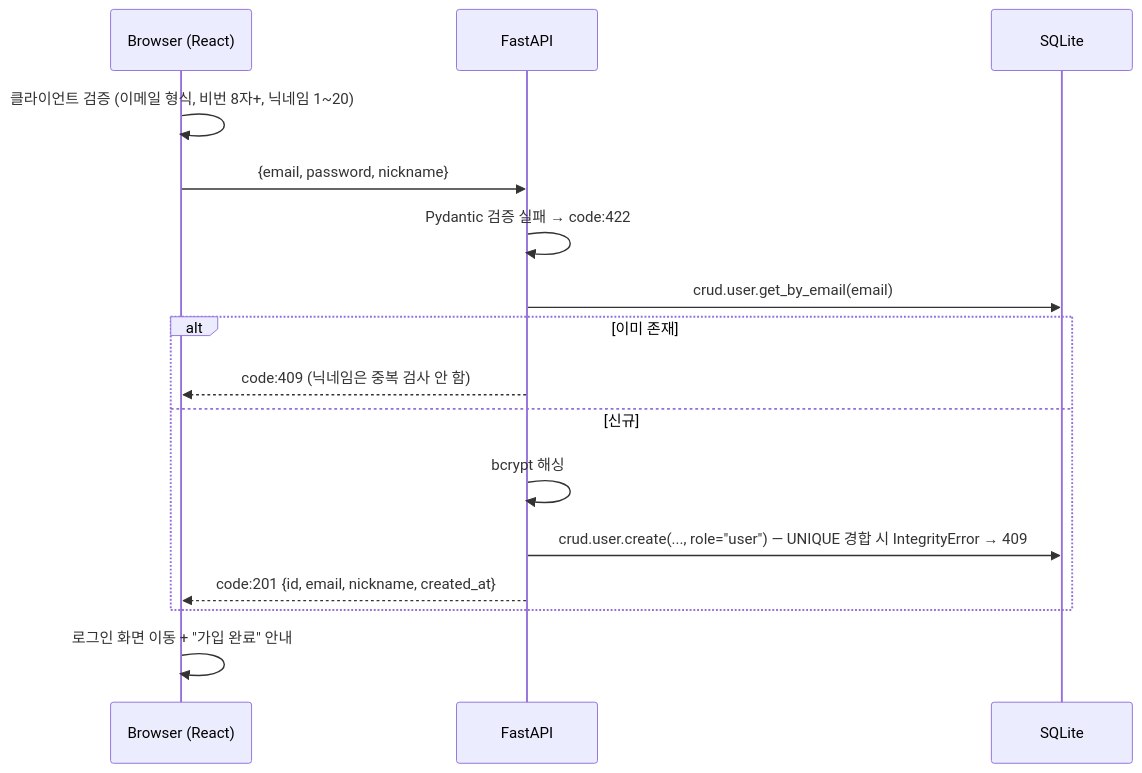
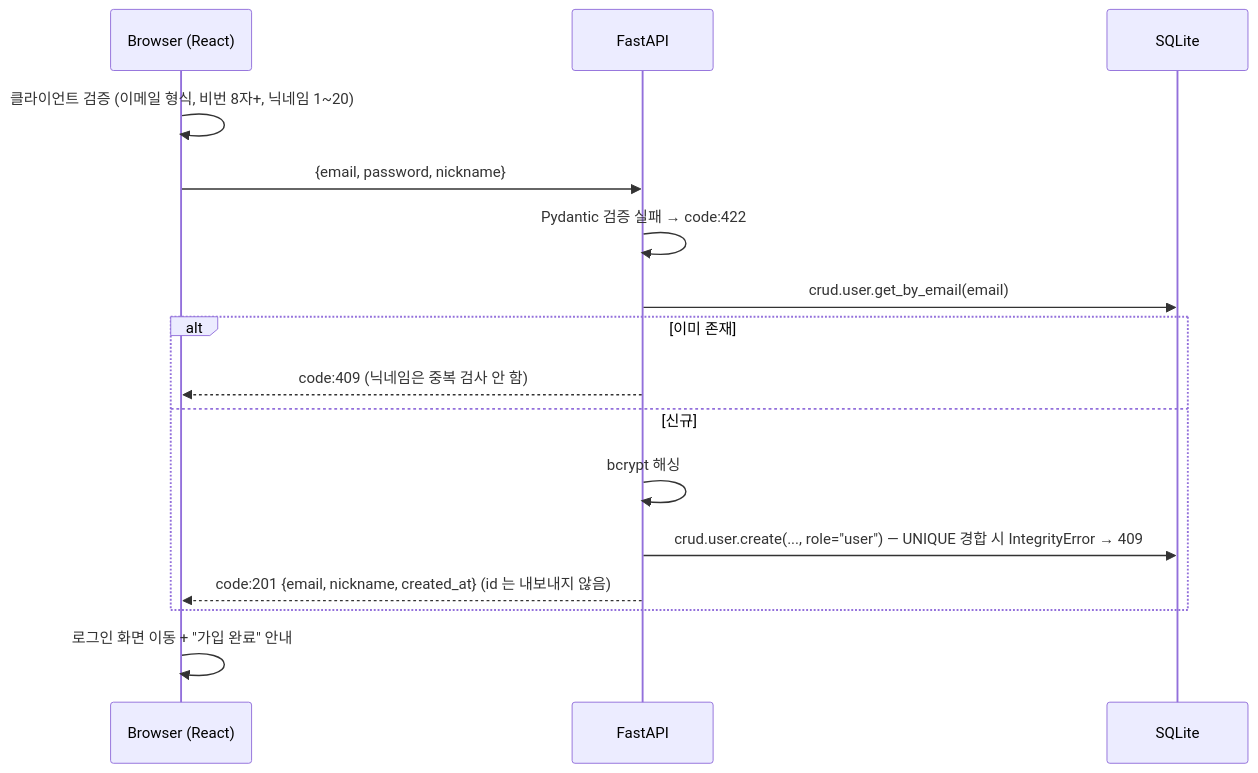
The second of 6 diagrams in docs/02-architecture.md (b7-1-chatbot-team/B7-1-chatbot), drawn with Mermaid before and after one commit. The commit also changed 1 other file, not shown here.

Commit message:
docs: v2.34 update 회원가입 흐름도·내 정보 조회 검증 항목에서 응답 id 제거 반영 #99

````diff
--- a/docs/02-architecture.md
+++ b/docs/02-architecture.md
@@ -232,18 +232,18 @@
 ```mermaid
 sequenceDiagram
     participant B as Browser (React)
     participant A as FastAPI
     participant D as SQLite
     B->>B: 클라이언트 검증 (이메일 형식, 비번 8자+, 닉네임 1~20)
     B->>A: {email, password, nickname}
     A->>A: Pydantic 검증 실패 → code:422
     A->>D: crud.user.get_by_email(email)
     alt 이미 존재
         A-->>B: code:409 (닉네임은 중복 검사 안 함)
     else 신규
         A->>A: bcrypt 해싱
         A->>D: crud.user.create(..., role="user") — UNIQUE 경합 시 IntegrityError → 409
-        A-->>B: code:201 {id, email, nickname, created_at}
+        A-->>B: code:201 {email, nickname, created_at} (id 는 내보내지 않음)
     end
     B->>B: 로그인 화면 이동 + "가입 완료" 안내
 ```
````
